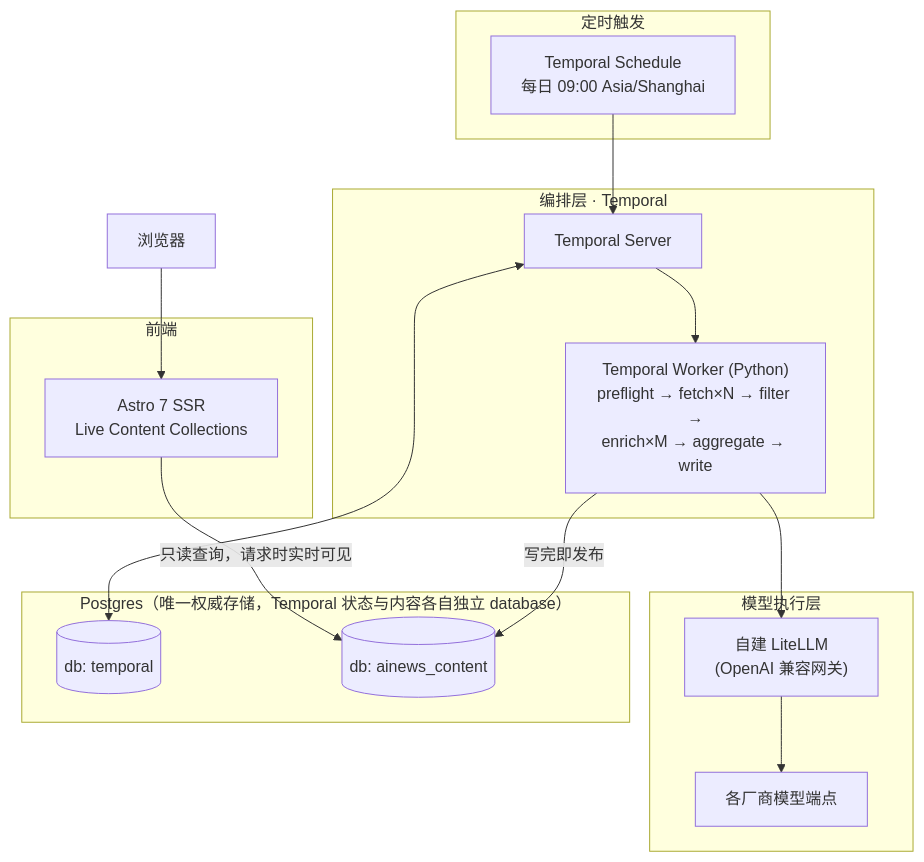
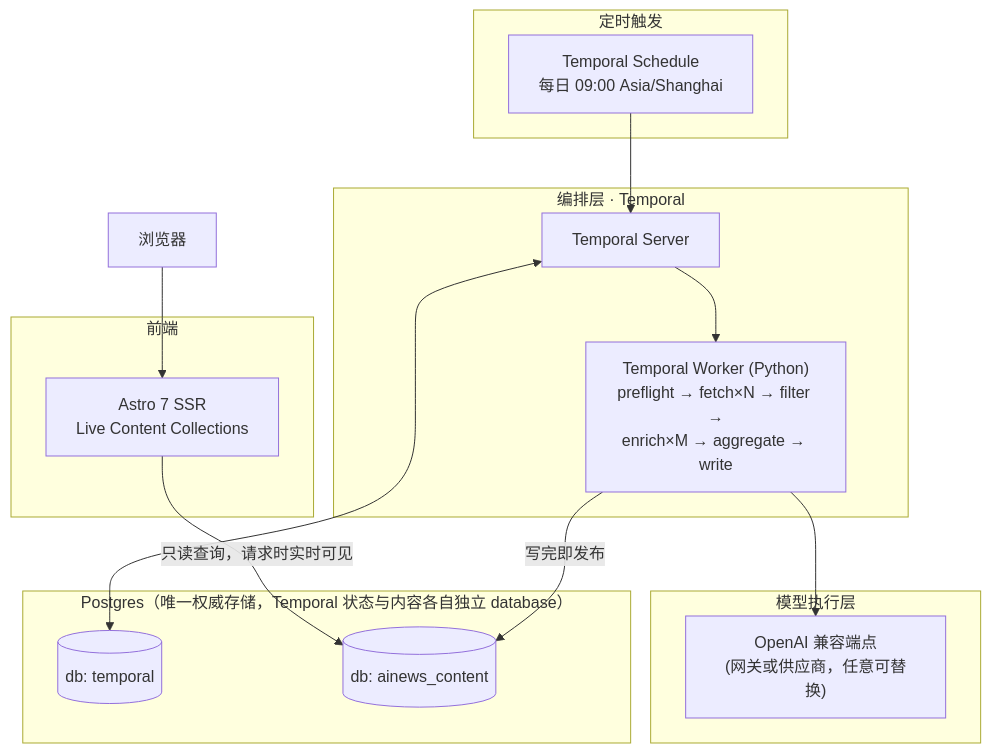
Before and after one commit to SkyJourney/ainews-project: the diagram in README.md, drawn with Mermaid. The commit also changed other lines of this file, not shown here.

Commit message:
docs: README 模型调用描述改为通用 OpenAI 兼容供应商，不强调自建 LiteLLM 网关
架构图、技术栈、快速开始三处都提到"自建 LiteLLM 网关"，但项目实际设计本来就是
openai SDK 换 base_url 即可接入任意 OpenAI 兼容协议端点，不限定 LiteLLM 这一种
网关实现。改成通用表述，并指向 backend/config/models.yaml 说明可用模型列表
的配置位置，方便其他人接入自己的网关/供应商。

Claude-Session: https://claude.ai/code/session_01TAVP9HSdWHx1n6UyGSRaM8

````diff
--- a/README.md
+++ b/README.md
@@ -17,35 +17,33 @@
 ```mermaid
 flowchart TB
     subgraph SCHED["定时触发"]
         SCHEDULE["Temporal Schedule<br/>每日 09:00 Asia/Shanghai"]
     end
 
     subgraph ORCH["编排层 · Temporal"]
         TS["Temporal Server"]
         WORKER["Temporal Worker (Python)<br/>preflight → fetch×N → filter →<br/>enrich×M → aggregate → write"]
     end
 
     subgraph MODEL["模型执行层"]
-        LITELLM["自建 LiteLLM<br/>(OpenAI 兼容网关)"]
-        MODELS["各厂商模型端点"]
+        LLM["OpenAI 兼容端点<br/>(网关或供应商，任意可替换)"]
     end
 
     subgraph STORE["Postgres（唯一权威存储，Temporal 状态与内容各自独立 database）"]
         PGSTATE[("db: temporal")]
         PGCONTENT[("db: ainews_content")]
     end
 
     subgraph FE["前端"]
         ASTRO["Astro 7 SSR<br/>Live Content Collections"]
     end
 
     USER["浏览器"] --> ASTRO
     ASTRO -->|只读查询，请求时实时可见| PGCONTENT
 
     SCHEDULE --> TS
     TS <--> PGSTATE
     TS --> WORKER
-    WORKER --> LITELLM
-    LITELLM --> MODELS
+    WORKER --> LLM
     WORKER -->|写完即发布| PGCONTENT
 ```
````
